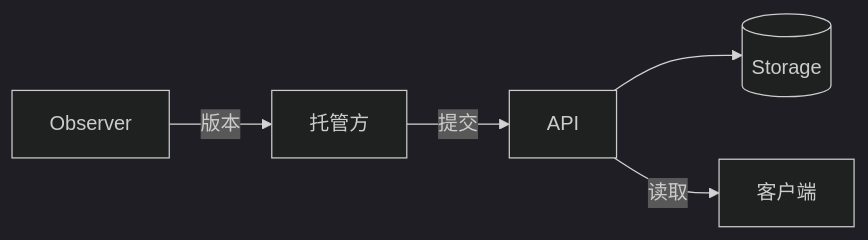
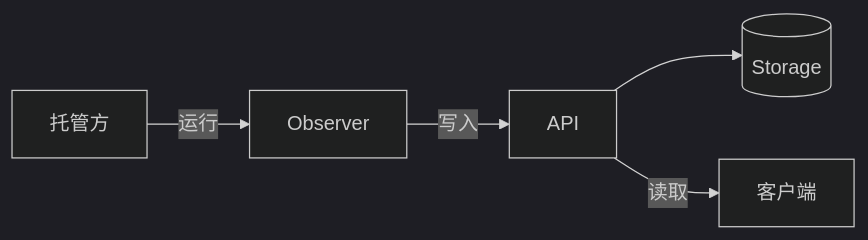
One commit to shenxianovo/Heartbeat changed the diagram in src/Docs/Orisumi.Docs/content/docs/start/index.mdx. Above: the diagram before and after it, drawn with Mermaid (dark theme). The commit also changed other lines of this file and 97 other files, not shown here.

````diff
--- a/src/Docs/Orisumi.Docs/content/docs/start/index.mdx
+++ b/src/Docs/Orisumi.Docs/content/docs/start/index.mdx
@@ -27,12 +27,12 @@
 ```mermaid
 flowchart LR
-  O[Observer] -->|版本| H[托管方]
-  H -->|提交| A[API]
+  H[托管方] -->|运行| O[Observer]
+  O -->|写入| A[API]
   A --> S[(Storage)]
   A -->|读取| C[客户端]
   click O "/observers"
   click H "/hosting"
   click A "/api"
   click S "/storage"
   click C "/clients"
 ```
````
